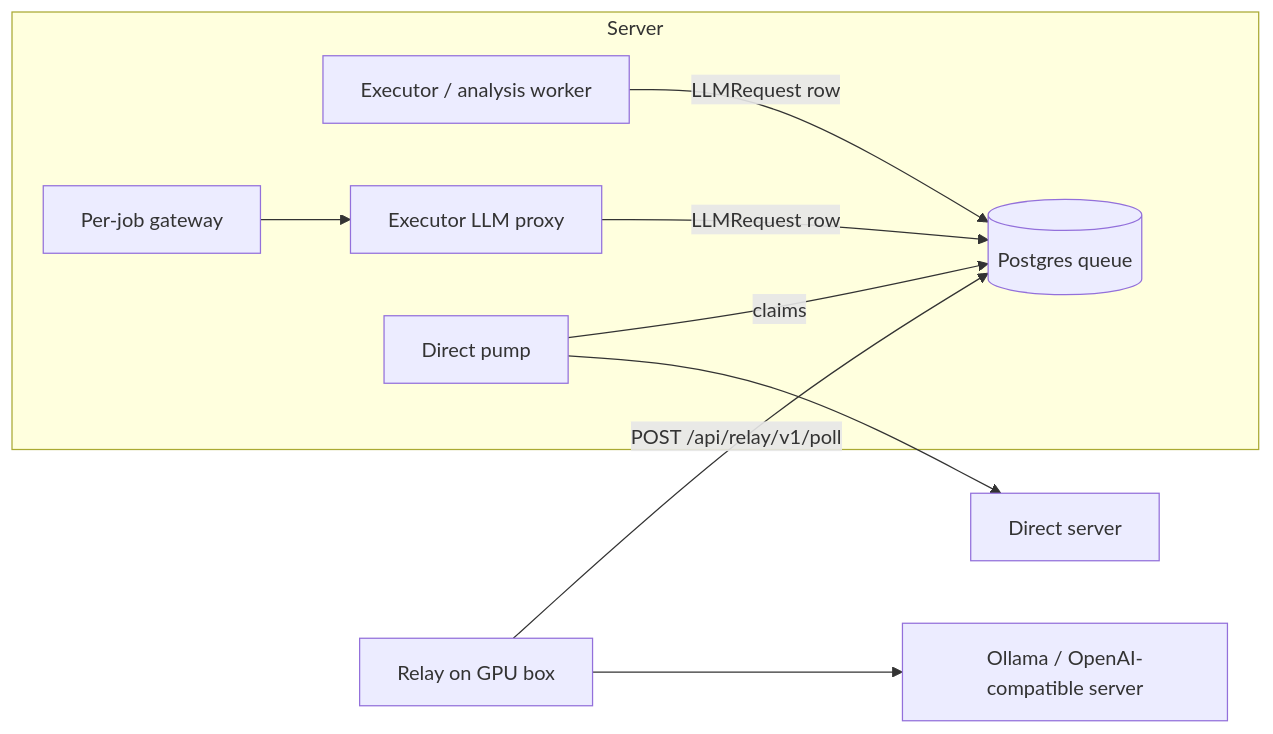
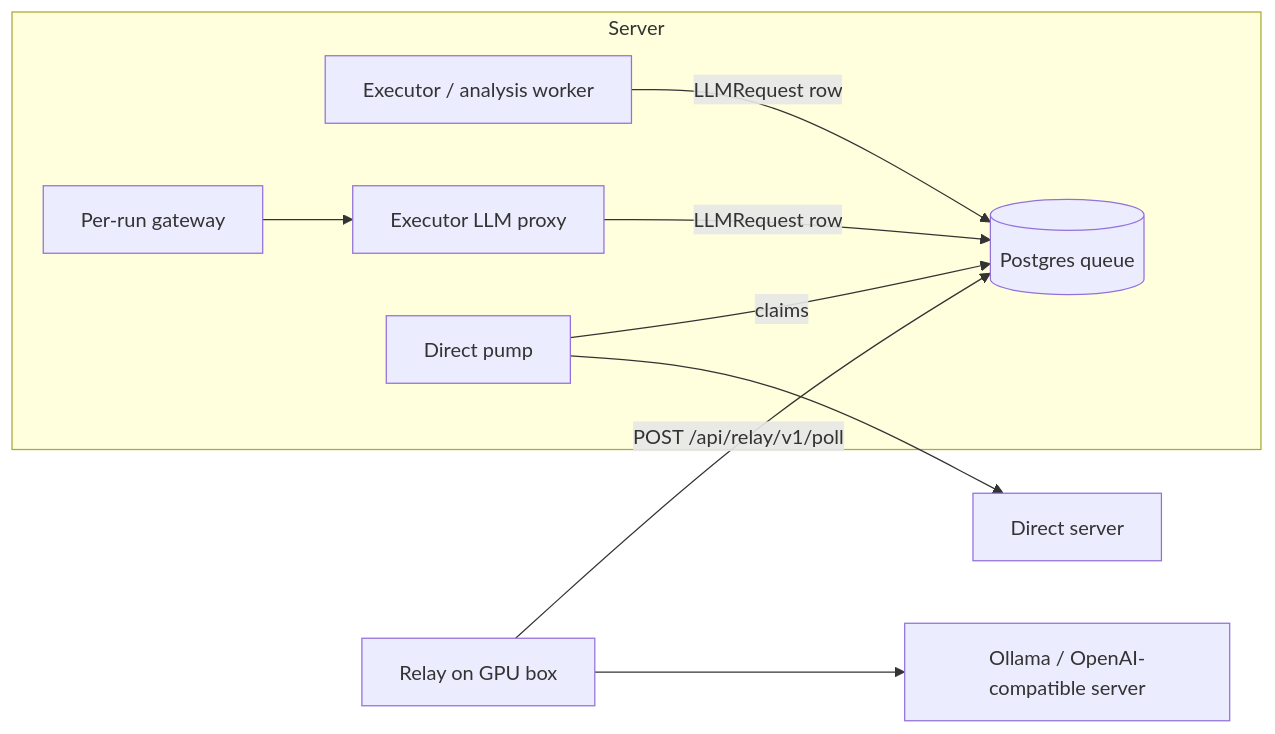
The diagram in docs/LOCAL_MODELS.md (GrabowMar/AutoLLM_Code_Analyzer_rework), drawn with Mermaid before and after one commit. The commit also changed other lines of this file and 2828 other files, not shown here.

````diff
--- a/docs/LOCAL_MODELS.md
+++ b/docs/LOCAL_MODELS.md
@@ -86,11 +86,11 @@
 ```mermaid
 flowchart LR
   subgraph Server
     E[Executor / analysis worker] -->|LLMRequest row| Q[(Postgres queue)]
-    G[Per-job gateway] --> P[Executor LLM proxy] -->|LLMRequest row| Q
+    G[Per-run gateway] --> P[Executor LLM proxy] -->|LLMRequest row| Q
     D[Direct pump] -->|claims| Q
   end
   R[Relay on GPU box] -->|POST /api/relay/v1/poll| Q
   R --> O[Ollama / OpenAI-compatible server]
   D --> O2[Direct server]
 ```
````
